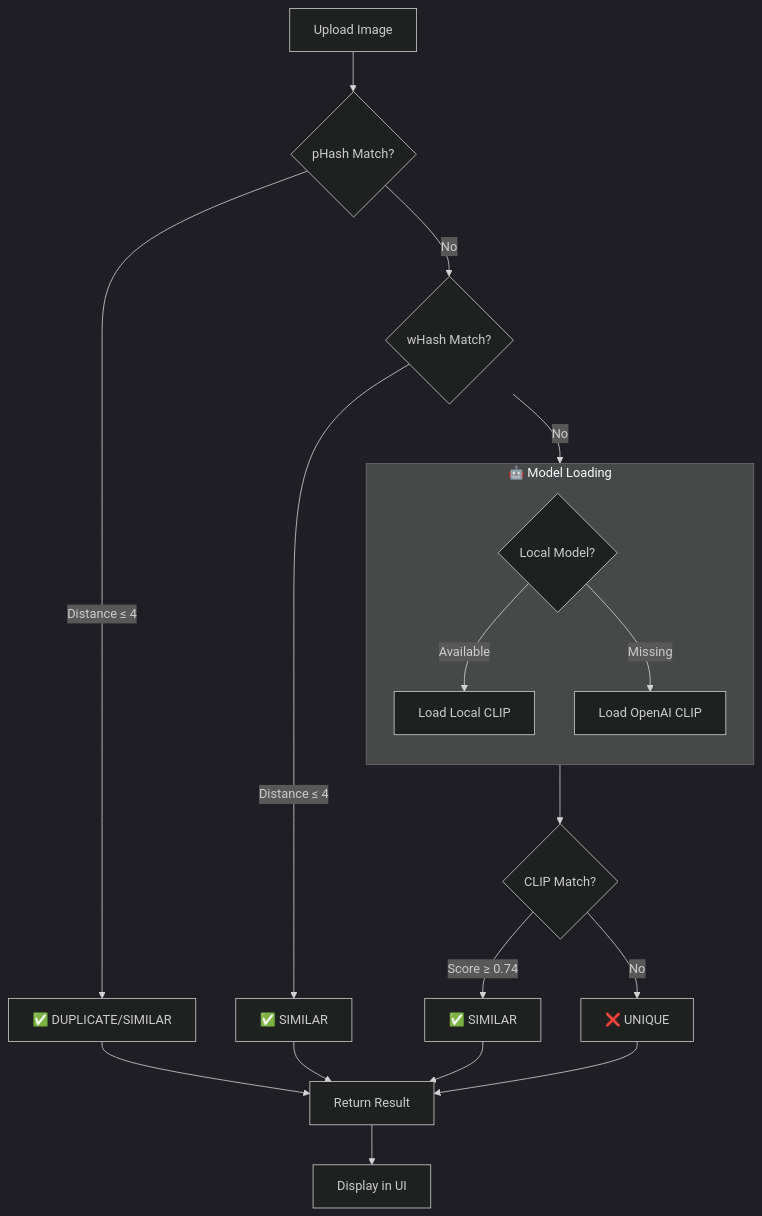
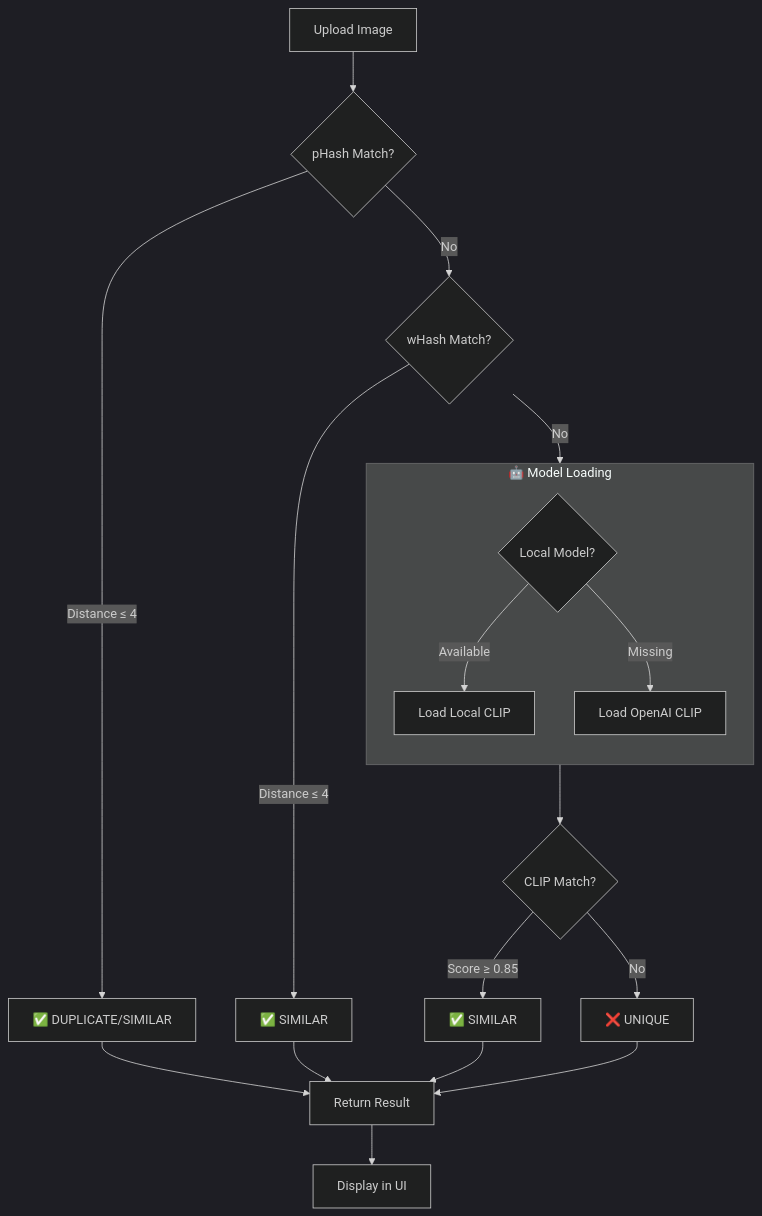
The third of 3 diagrams in README.md (gaurav337/DejaView), drawn with Mermaid (dark theme) before and after one commit. The commit also changed other lines of this file, not shown here.

````diff
--- a/README.md
+++ b/README.md
@@ -234,31 +234,31 @@
 ```mermaid
 flowchart TD
     A[Upload Image] --> B{pHash Match?}
     B -->|Distance ≤ 4| C[✅ DUPLICATE/SIMILAR]
     B -->|No| D{wHash Match?}
     
     D -->|Distance ≤ 4| E[✅ SIMILAR]
     D -->|No| LoadModels
     
     subgraph LoadModels["🤖 Model Loading"]
         direction TB
         Check{Local Model?}
         Local[Load Local CLIP]
         Online[Load OpenAI CLIP]
         
         Check -->|Available| Local
         Check -->|Missing| Online
     end
 
     LoadModels --> F{CLIP Match?}
     
-    F -->|Score ≥ 0.74| G[✅ SIMILAR]
+    F -->|Score ≥ 0.85| G[✅ SIMILAR]
     F -->|No| H[❌ UNIQUE]
     
     C --> I[Return Result]
     E --> I
     G --> I
     H --> I
     
     I --> J[Display in UI]
 ```
````
